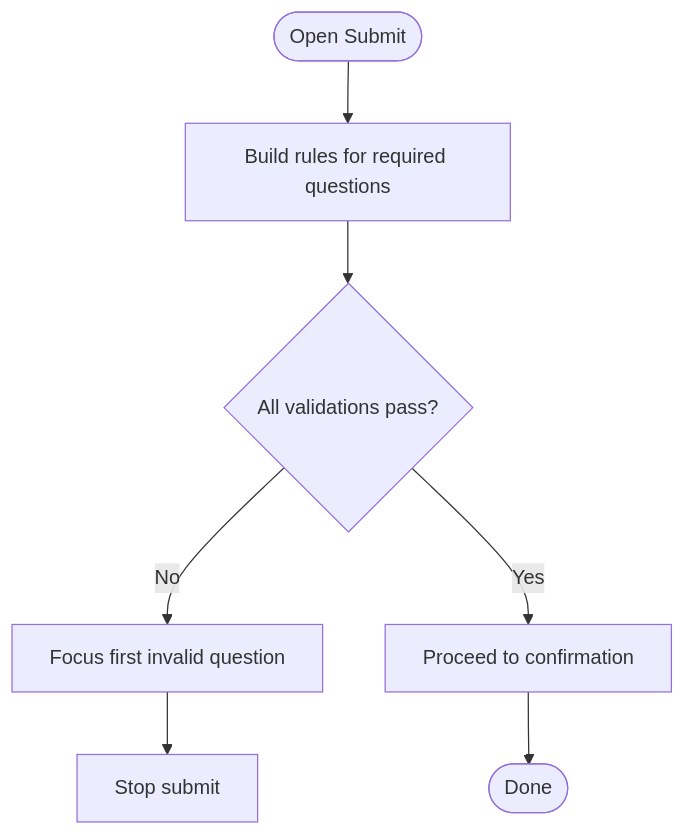
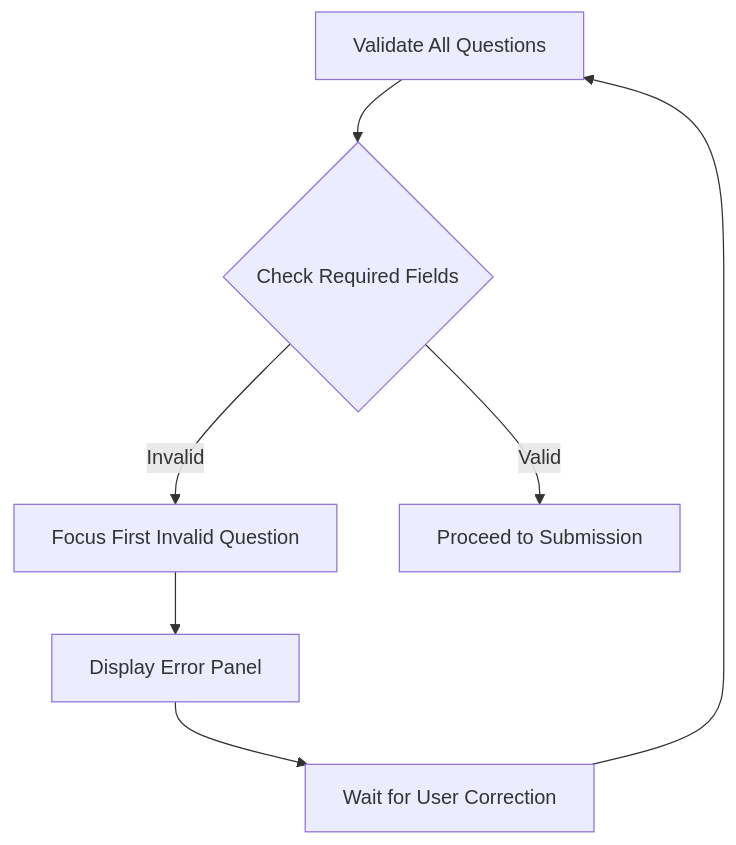
One commit to rudicatsmile/assesment360 changed the fifth of 8 diagrams in .qoder/repowiki/en/content/Core Features/Evaluation Workflows/Questionnaire Filling Interface.md. Above: the diagram before and after it, drawn with Mermaid. The commit also changed other lines of this file and 5 other files, not shown here.

````diff
--- a/.qoder/repowiki/en/content/Core Features/Evaluation Workflows/Questionnaire Filling Interface.md
+++ b/.qoder/repowiki/en/content/Core Features/Evaluation Workflows/Questionnaire Filling Interface.md
@@ -261,9 +309,9 @@
 ```mermaid
 flowchart TD
-Enter(["Open Submit"]) --> BuildRules["Build rules for required questions"]
-BuildRules --> Validate{"All validations pass?"}
-Validate --> |No| Focus["Focus first invalid question"]
-Focus --> Stop["Stop submit"]
-Validate --> |Yes| Proceed["Proceed to confirmation"]
-Proceed --> Done(["Done"])
+Validate["Validate All Questions"] --> CheckRequired{"Check Required Fields"}
+CheckRequired --> |Invalid| Focus["Focus First Invalid Question"]
+Focus --> ShowErrors["Display Error Panel"]
+CheckRequired --> |Valid| Proceed["Proceed to Submission"]
+ShowErrors --> Wait["Wait for User Correction"]
+Wait --> Validate
 ```
````
